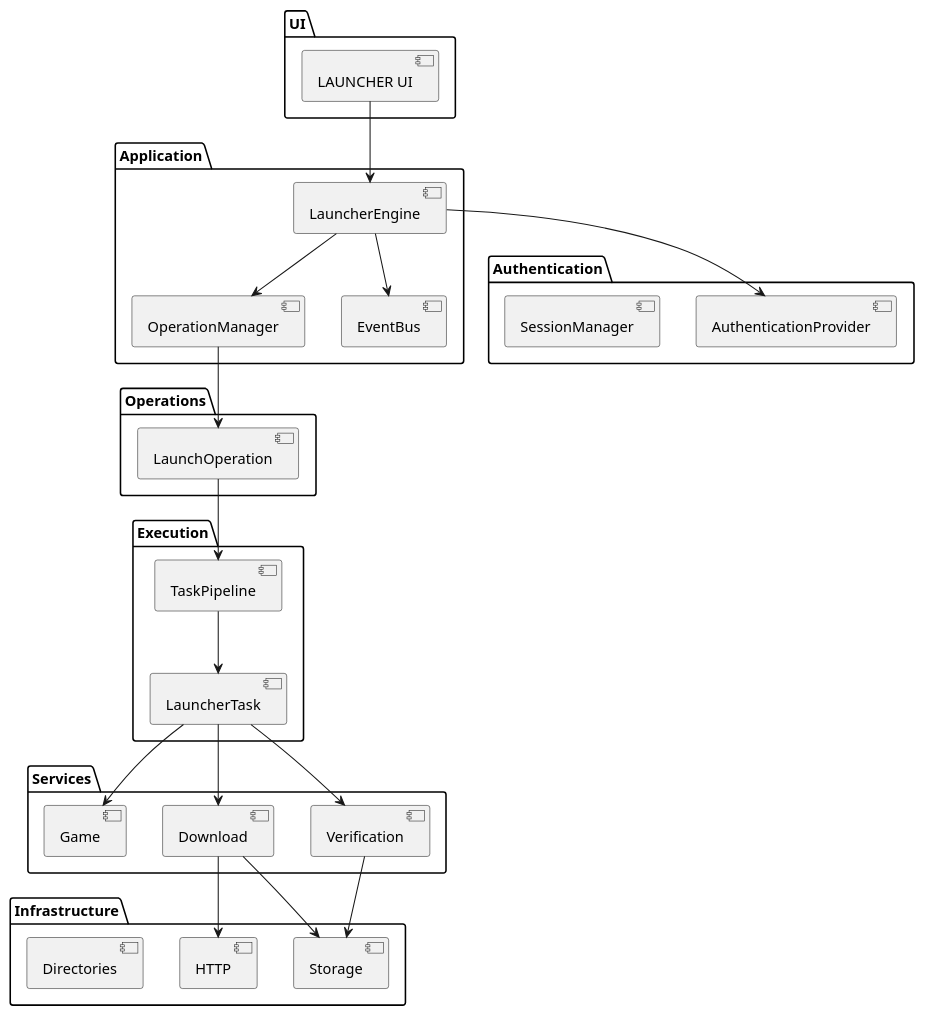
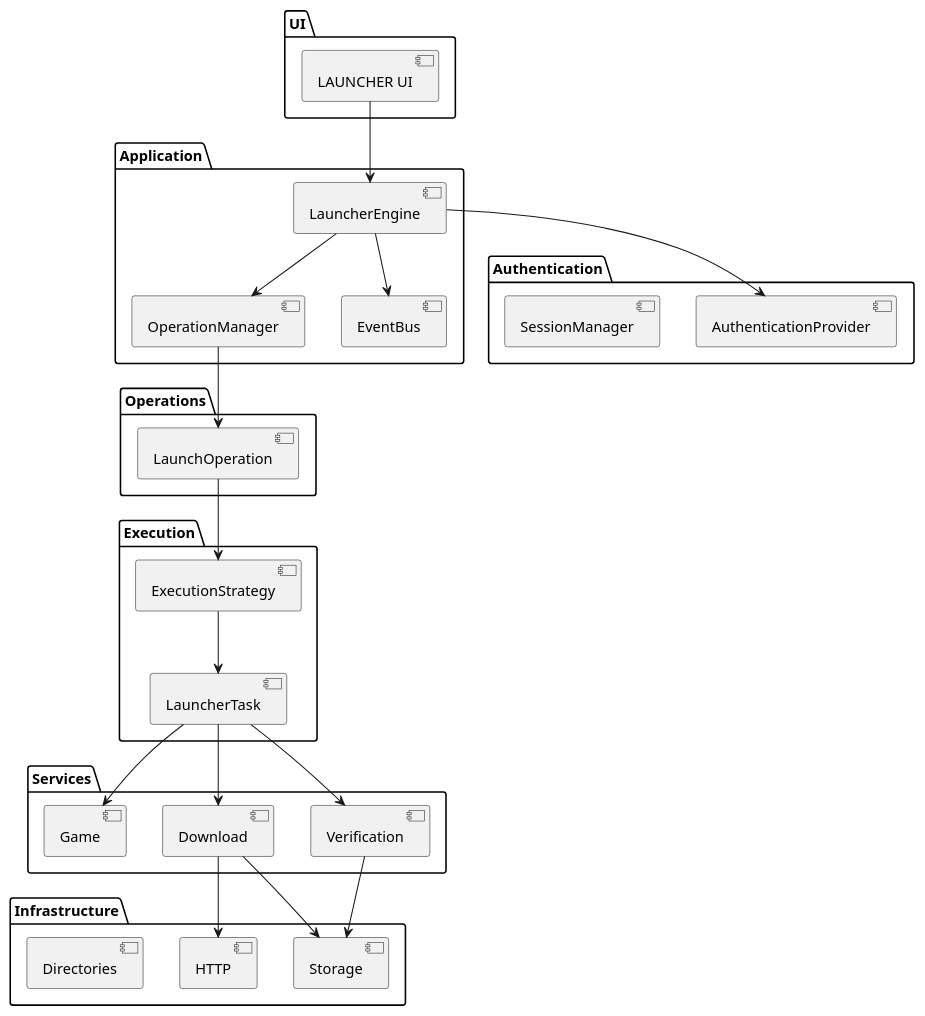
The diagram in docs/diagrams/system-overview.puml (Hedgerock/Minecraft-launcher), drawn with PlantUML before and after one commit. The commit also changed 49 other files, not shown here.

```diff
--- a/docs/diagrams/system-overview.puml
+++ b/docs/diagrams/system-overview.puml
@@ -1,53 +1,53 @@
 @startuml
 
 package "UI" {
     [LAUNCHER UI]
 }
 
 package "Application" {
     [LauncherEngine]
     [OperationManager]
     [EventBus]
 }
 
 package "Authentication" {
     [AuthenticationProvider]
     [SessionManager]
 }
 
 package "Operations" {
     [LaunchOperation]
 }
 
 package "Execution" {
-    [TaskPipeline]
+    [ExecutionStrategy]
     [LauncherTask]
 }
 
 package "Services" {
     [Verification]
     [Download]
     [Game]
 }
 
 package "Infrastructure" {
     [Storage]
     [HTTP]
     [Directories]
 }
 
 [LAUNCHER UI] --> [LauncherEngine]
 [LauncherEngine] --> [OperationManager]
 [LauncherEngine] --> [EventBus]
 [LauncherEngine] --> [AuthenticationProvider]
 [OperationManager] --> [LaunchOperation]
-[LaunchOperation] --> [TaskPipeline]
-[TaskPipeline] --> [LauncherTask]
+[LaunchOperation] --> [ExecutionStrategy]
+[ExecutionStrategy] --> [LauncherTask]
 [LauncherTask] --> [Verification]
 [LauncherTask] --> [Download]
 [LauncherTask] --> [Game]
 [Verification] --> [Storage]
 [Download] --> [HTTP]
 [Download] --> [Storage]
 
 @enduml
```
